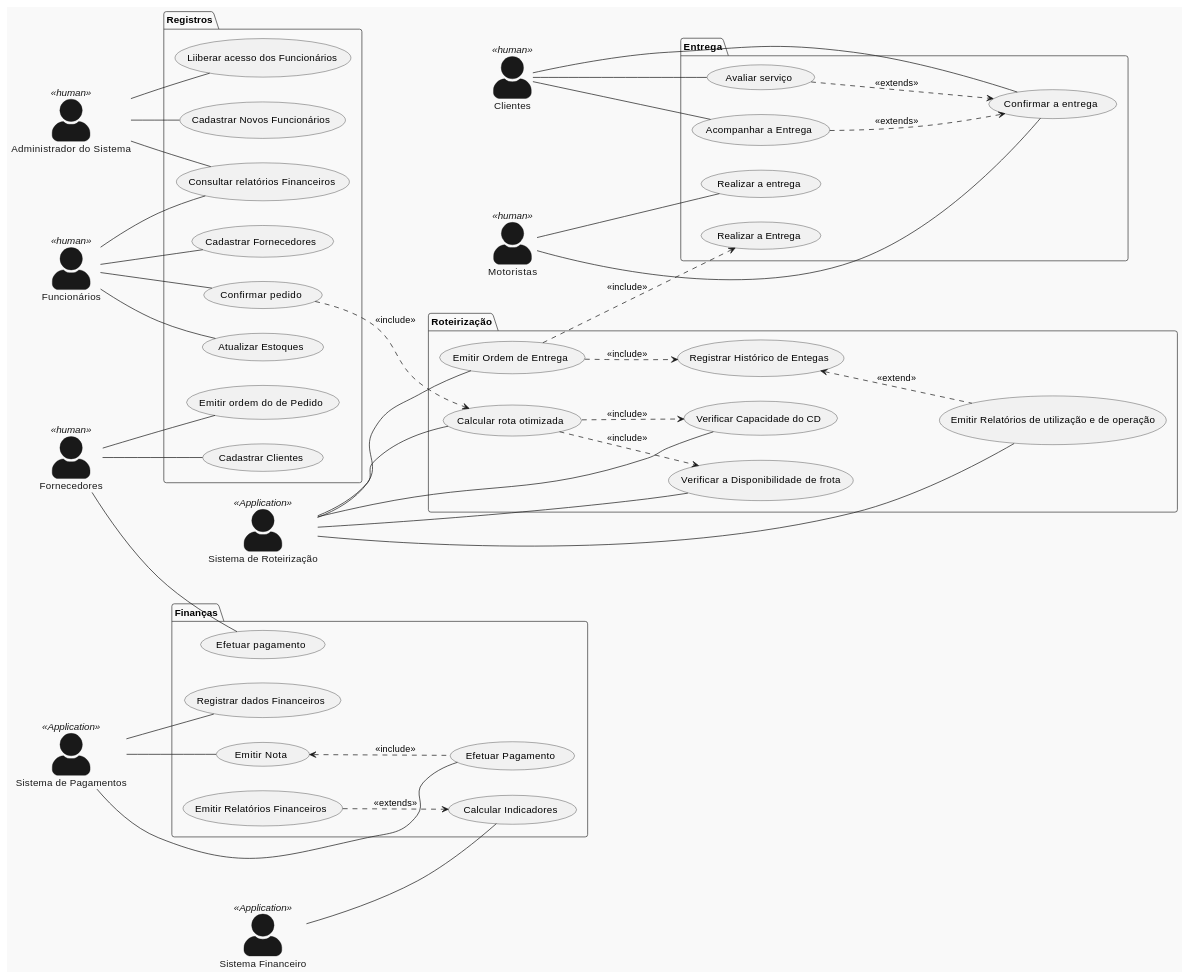
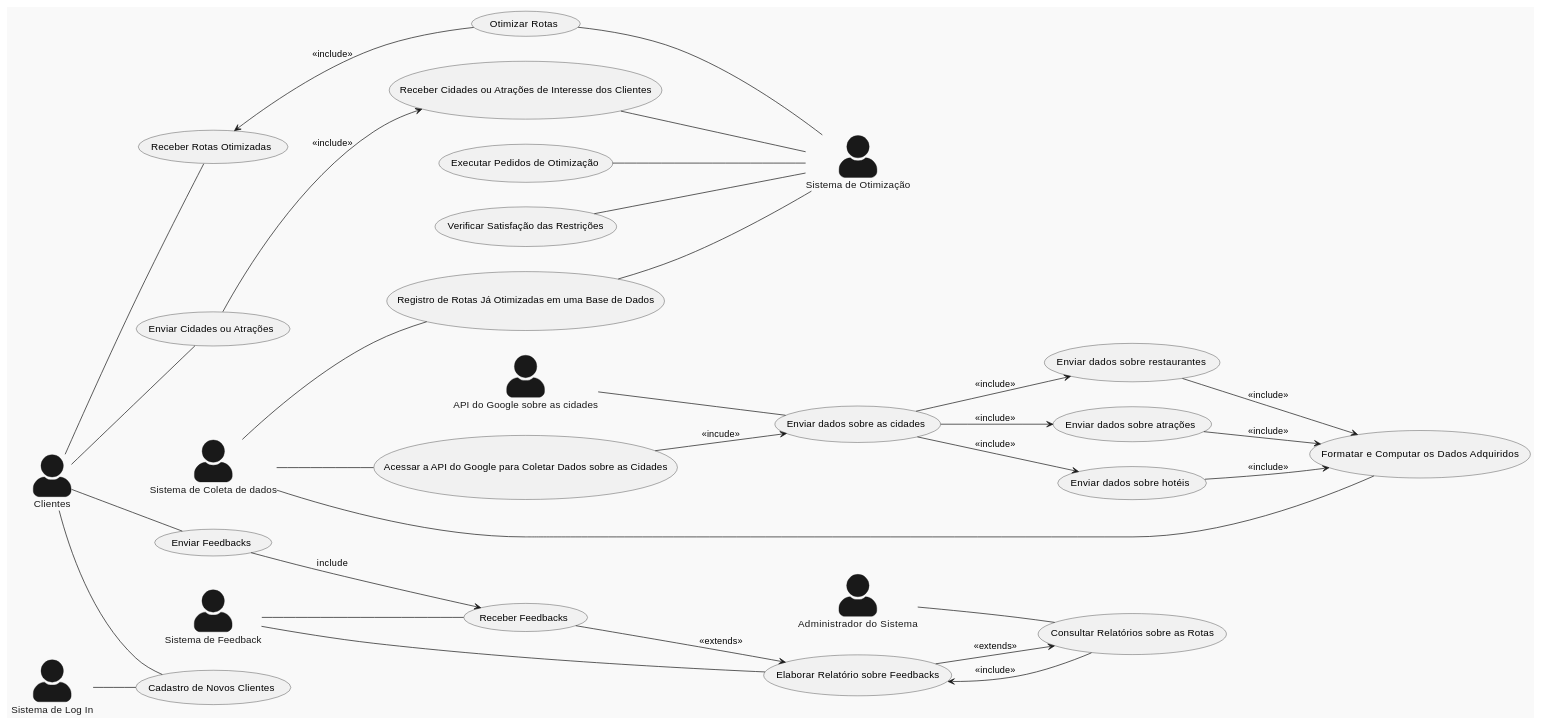
Before and after one commit to pedrodilallo/site_turismo_SIG: the diagram in Relatório/Semana-1/Diagramas/DCU.md, drawn with PlantUML. The commit also changed 7 other files, not shown here.

```diff
--- a/Relatório/Semana-1/Diagramas/DCU.md
+++ b/Relatório/Semana-1/Diagramas/DCU.md
@@ -1,75 +1,58 @@
 @startuml
 skinparam actorStyle awesome
 !theme mars
 left to right direction
 
-actor Clientes as cliente <<human>>
-actor "Administrador do Sistema" as sys_admin <<human>>
-actor Funcionários as funcionario <<human>>
-actor Fornecedores as fornecedores <<human>>
-actor Motoristas as motoristas <<human>>
-actor "Sistema de Pagamentos" as pagamentos <<Application>>
-actor "Sistema de Roteirização" as roteirizador <<Application>>
-actor "Sistema Financeiro" as financeiro <<Application>>
+actor "Clientes" as cliente
+actor "API do Google sobre as cidades" as API
+actor "Sistema de Otimização" as  otimizador
+actor "Administrador do Sistema" as sys_admin
+actor "Sistema de Feedback" as feedback
+actor "Sistema de Log In" as login
+actor "Sistema de Coleta de dados" as coletador
 
-package "Registros"{
-fornecedores -- (Cadastrar Clientes)
-fornecedores -- (Emitir ordem do de Pedido)
-
-funcionario -- (Atualizar Estoques)
-funcionario -- (Cadastrar Fornecedores)
-funcionario -- (Consultar relatórios Financeiros)
-
-sys_admin -- (Cadastrar Novos Funcionários)
-sys_admin -- (Liiberar acesso dos Funcionários)
-sys_admin -- (Consultar relatórios Financeiros)
-funcionario -- (Confirmar pedido)
+cliente -- (Cadastro de Novos Clientes)
+cliente -- (Enviar Cidades ou Atrações)
+cliente -- (Enviar Feedbacks)
+cliente -- (Receber Rotas Otimizadas)
 
 
-}
 
-package "Finanças"{
-fornecedores -- (Efetuar pagamento)
+login   --   (Cadastro de Novos Clientes)
+coletador -- (Acessar a API do Google para Coletar Dados sobre as Cidades)
+coletador -- (Registro de Rotas Já Otimizadas em uma Base de Dados)
 
-pagamentos -- (Emitir Nota)
-pagamentos -- (Efetuar Pagamento)
-pagamentos -- (Registrar dados Financeiros)
-(Emitir Nota) <.. (Efetuar Pagamento) : <<include>>
+feedback -- (Receber Feedbacks)
+feedback -- (Elaborar Relatório sobre Feedbacks)
 
-financeiro -- (Calcular Indicadores)
-(Emitir Relatórios Financeiros) ..> (Calcular Indicadores) : <<extends>>
+API -- (Enviar dados sobre as cidades)
 
-}
+(Receber Cidades ou Atrações de Interesse dos Clientes) -- otimizador 
+(Otimizar Rotas) -- otimizador 
+(Executar Pedidos de Otimização) -- otimizador 
+(Verificar Satisfação das Restrições) -- otimizador 
+(Registro de Rotas Já Otimizadas em uma Base de Dados) -- otimizador 
+(Receber Rotas Otimizadas) <-- (Otimizar Rotas) : <<include>>
+(Enviar Feedbacks) --> (Receber Feedbacks) : include
+(Receber Feedbacks) --> (Elaborar Relatório sobre Feedbacks) : <<extends>>
+(Elaborar Relatório sobre Feedbacks) --> (Consultar Relatórios sobre as Rotas) : <<extends>>
+(Consultar Relatórios sobre as Rotas) --> (Elaborar Relatório sobre Feedbacks) : <<include>>
 
-package "Roteirização"{
-(Confirmar pedido) ..> (Calcular rota otimizada) : <<include>>
+(Enviar dados sobre as cidades) --> (Enviar dados sobre atrações) : <<include>>
+(Enviar dados sobre as cidades) --> (Enviar dados sobre hotéis) : <<include>>
+(Enviar dados sobre as cidades) --> (Enviar dados sobre restaurantes) : <<include>>
 
-roteirizador -- (Verificar Capacidade do CD)
-roteirizador -- (Verificar a Disponibilidade de frota)
-roteirizador -- (Calcular rota otimizada)
-roteirizador -- (Emitir Ordem de Entrega)
-roteirizador -- (Emitir Relatórios de utilização e de operação)
+(Acessar a API do Google para Coletar Dados sobre as Cidades) --> (Enviar dados sobre as cidades) : <<incude>>
 
-(Calcular rota otimizada) ..> (Verificar Capacidade do CD) : <<include>>
-(Calcular rota otimizada) ..> (Verificar a Disponibilidade de frota) : <<include>>
+(Enviar dados sobre atrações) --> (Formatar e Computar os Dados Adquiridos) : <<include>>
+(Enviar dados sobre hotéis) --> (Formatar e Computar os Dados Adquiridos) : <<include>>
+(Enviar dados sobre restaurantes) --> (Formatar e Computar os Dados Adquiridos) : <<include>>
 
-(Emitir Ordem de Entrega) ..> (Registrar Histórico de Entegas) : <<include>>
-(Registrar Histórico de Entegas) <.. (Emitir Relatórios de utilização e de operação) : <<extend>>
-}
+coletador -- (Formatar e Computar os Dados Adquiridos)
 
-package "Entrega"{
-(Emitir Ordem de Entrega) ..> (Realizar a Entrega) :<<include>>
-motoristas -- (Realizar a entrega)
-motoristas -- (Confirmar a entrega)
+(Enviar Cidades ou Atrações) -->  (Receber Cidades ou Atrações de Interesse dos Clientes) : <<include>>
 
-cliente -- (Confirmar a entrega)
-cliente -- (Acompanhar a Entrega)
-cliente -- (Avaliar serviço)
-
-(Avaliar serviço) ..> (Confirmar a entrega) : <<extends>>
-(Acompanhar a Entrega)..> (Confirmar a entrega) : <<extends>>
-
-}
+sys_admin -- (Consultar Relatórios sobre as Rotas)
 
 
 @enduml
```
